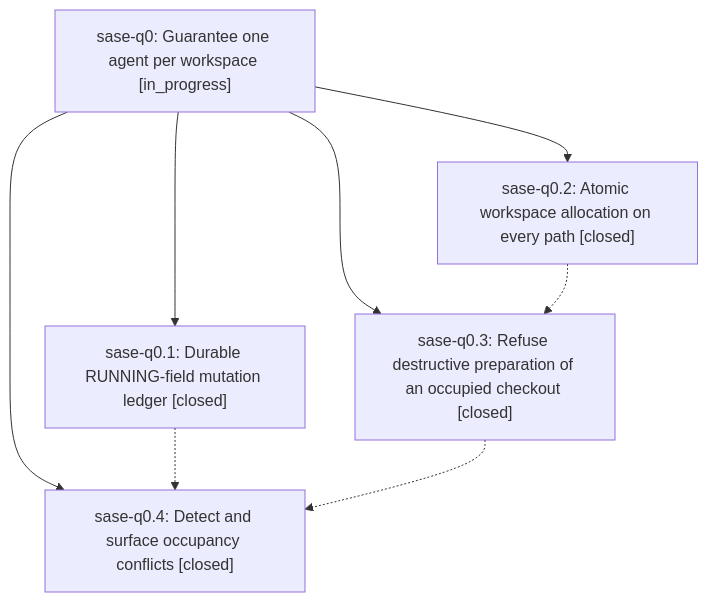
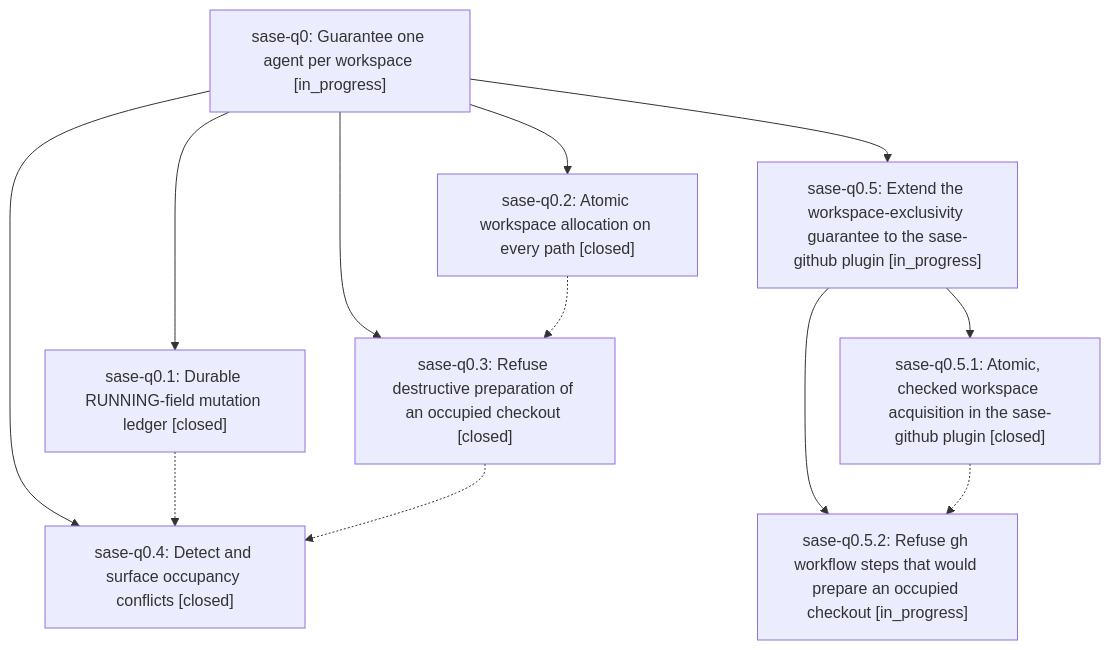
The diagram in pages/sase-q0/README.md (sase-org/sase--beads), drawn with Mermaid before and after one commit. The commit also changed other lines of this file and 3 other files, not shown here.

````diff
--- a/pages/sase-q0/README.md
+++ b/pages/sase-q0/README.md
@@ -33,15 +61,22 @@
 ```mermaid
 flowchart TD
     n0["sase-q0: Guarantee one agent per workspace [in_progress]"]
     n1["sase-q0.1: Durable RUNNING-field mutation ledger [closed]"]
     n2["sase-q0.2: Atomic workspace allocation on every path [closed]"]
     n3["sase-q0.3: Refuse destructive preparation of an occupied checkout [closed]"]
     n4["sase-q0.4: Detect and surface occupancy conflicts [closed]"]
+    n5["sase-q0.5: Extend the workspace-exclusivity guarantee to the sase-github plugin [in_progress]"]
+    n6["sase-q0.5.1: Atomic, checked workspace acquisition in the sase-github plugin [closed]"]
+    n7["sase-q0.5.2: Refuse gh workflow steps that would prepare an occupied checkout [in_progress]"]
     n0 --> n1
     n0 --> n2
     n0 --> n3
     n0 --> n4
+    n0 --> n5
+    n5 --> n6
+    n5 --> n7
     n1 -.-> n4
     n2 -.-> n3
     n3 -.-> n4
+    n6 -.-> n7
 ```
````
